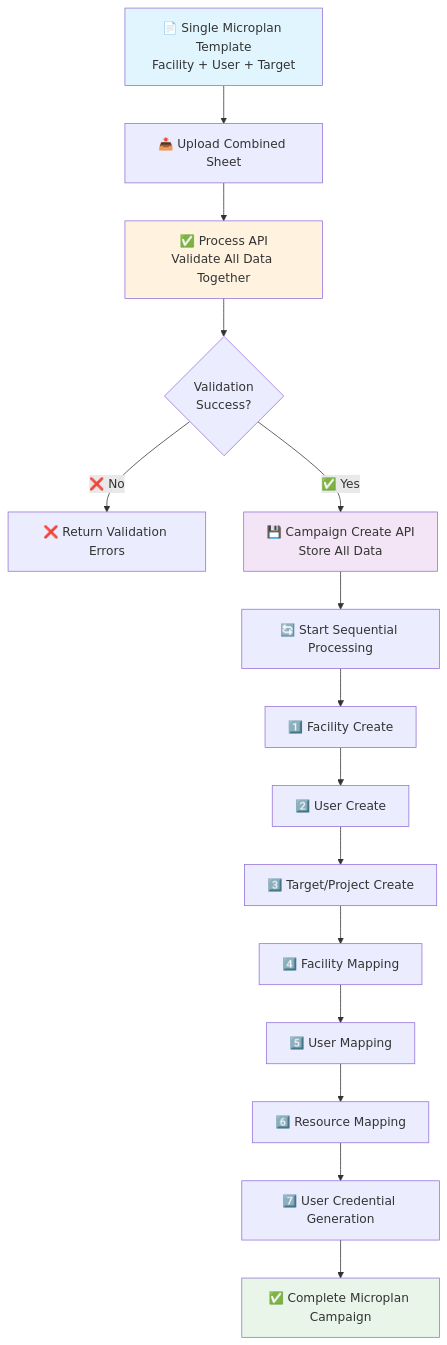
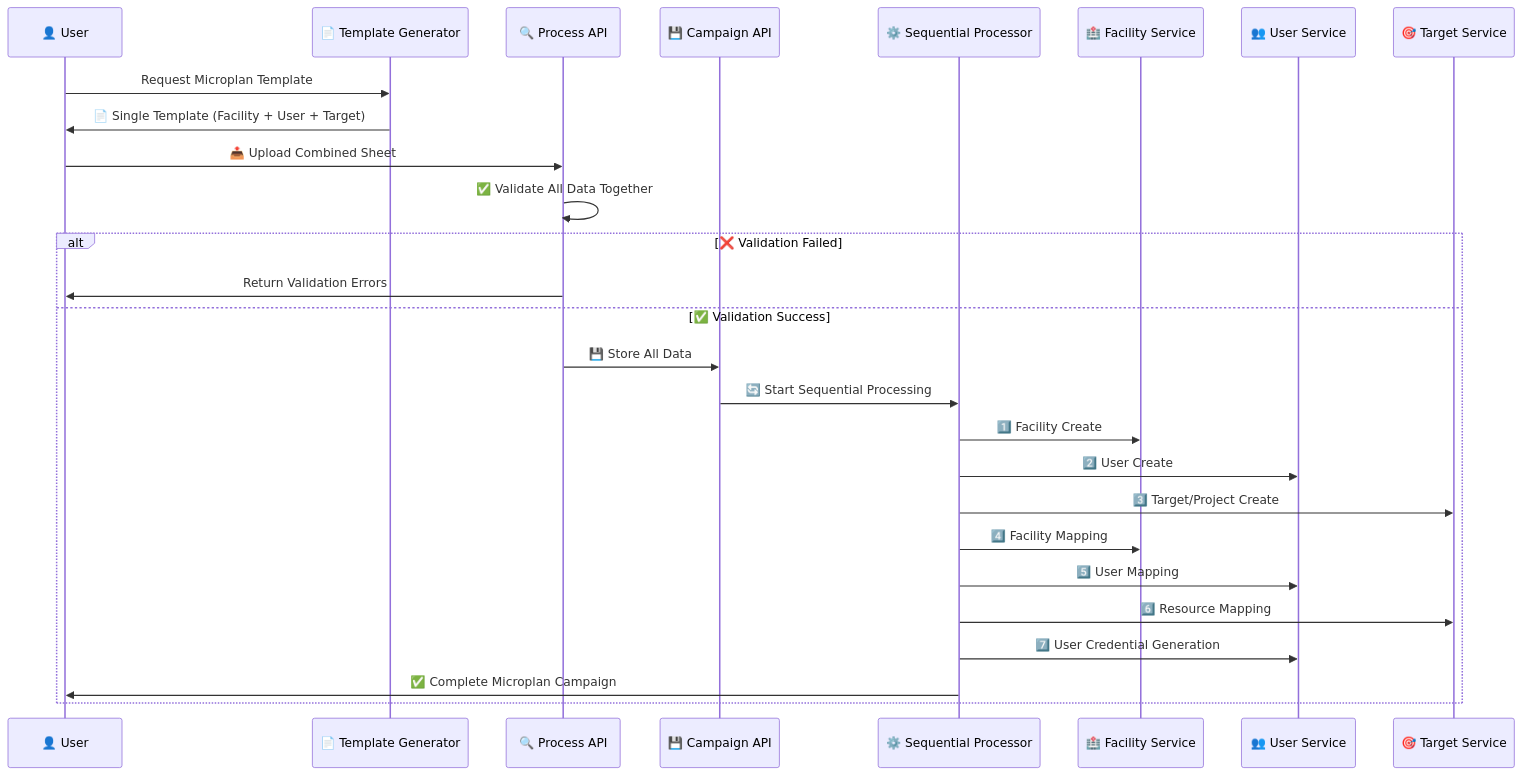
One commit to egovernments/health-campaign-services changed the diagram in health-services/excel-ingestion/draft-campaign-design.md. Above: the diagram before and after it, drawn with Mermaid.

````diff
--- a/health-services/excel-ingestion/draft-campaign-design.md
+++ b/health-services/excel-ingestion/draft-campaign-design.md
@@ -42,22 +42,30 @@
 ```mermaid
-flowchart TD
-    A[📄 Single Microplan Template<br/>Facility + User + Target] --> B[📤 Upload Combined Sheet]
-    B --> C[✅ Process API<br/>Validate All Data Together]
-    C --> D{Validation<br/>Success?}
-    D -->|❌ No| E[❌ Return Validation Errors]
-    D -->|✅ Yes| F[💾 Campaign Create API<br/>Store All Data]
-    F --> G[🔄 Start Sequential Processing]
-    G --> H[1️⃣ Facility Create]
-    H --> I[2️⃣ User Create]
-    I --> J[3️⃣ Target/Project Create]
-    J --> K[4️⃣ Facility Mapping]
-    K --> L[5️⃣ User Mapping]
-    L --> M[6️⃣ Resource Mapping]
-    M --> N[7️⃣ User Credential Generation]
-    N --> O[✅ Complete Microplan Campaign]
+sequenceDiagram
+    participant U as 👤 User
+    participant T as 📄 Template Generator
+    participant P as 🔍 Process API
+    participant C as 💾 Campaign API
+    participant SP as ⚙️ Sequential Processor
+    participant FS as 🏥 Facility Service
+    participant US as 👥 User Service
+    participant TS as 🎯 Target Service
     
-    style A fill:#e1f5fe
-    style C fill:#fff3e0
-    style F fill:#f3e5f5
-    style O fill:#e8f5e8
+    U->>T: Request Microplan Template
+    T->>U: 📄 Single Template (Facility + User + Target)
+    U->>P: 📤 Upload Combined Sheet
+    P->>P: ✅ Validate All Data Together
+    alt ❌ Validation Failed
+        P->>U: Return Validation Errors
+    else ✅ Validation Success
+        P->>C: 💾 Store All Data
+        C->>SP: 🔄 Start Sequential Processing
+        SP->>FS: 1️⃣ Facility Create
+        SP->>US: 2️⃣ User Create  
+        SP->>TS: 3️⃣ Target/Project Create
+        SP->>FS: 4️⃣ Facility Mapping
+        SP->>US: 5️⃣ User Mapping
+        SP->>TS: 6️⃣ Resource Mapping
+        SP->>US: 7️⃣ User Credential Generation
+        SP->>U: ✅ Complete Microplan Campaign
+    end
 ```
````
